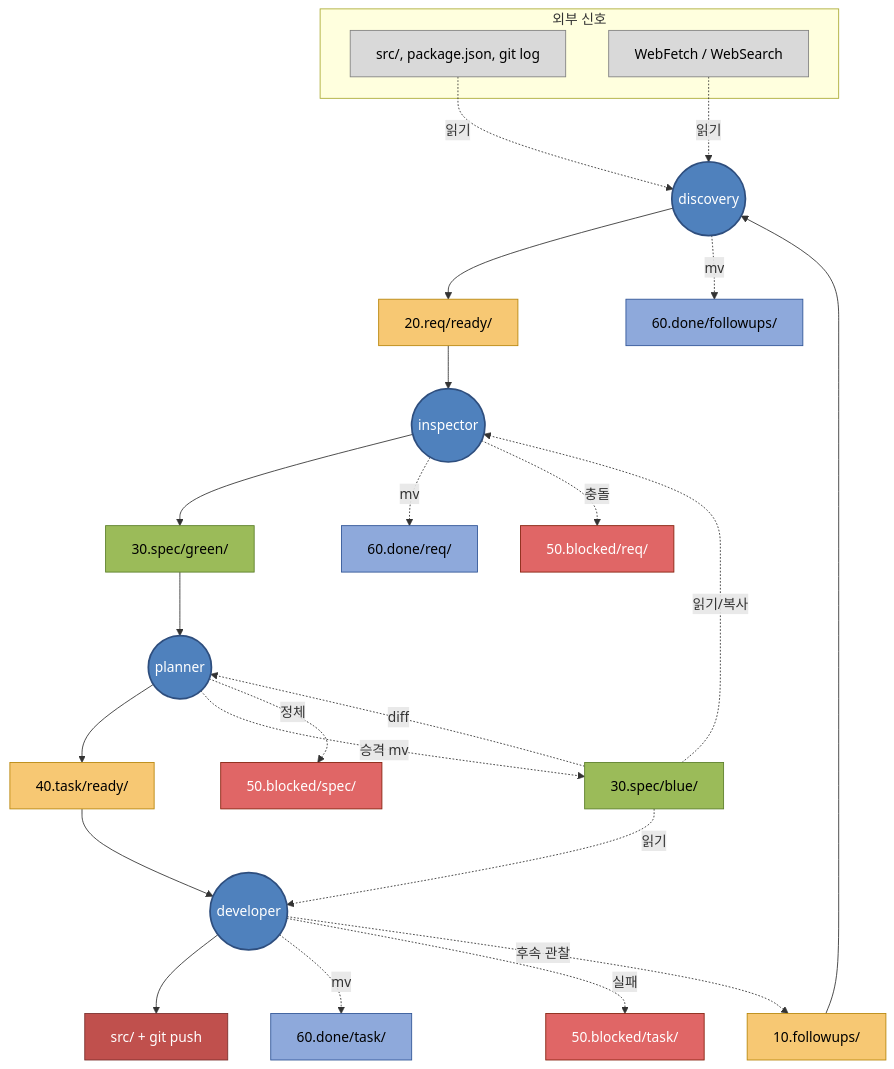
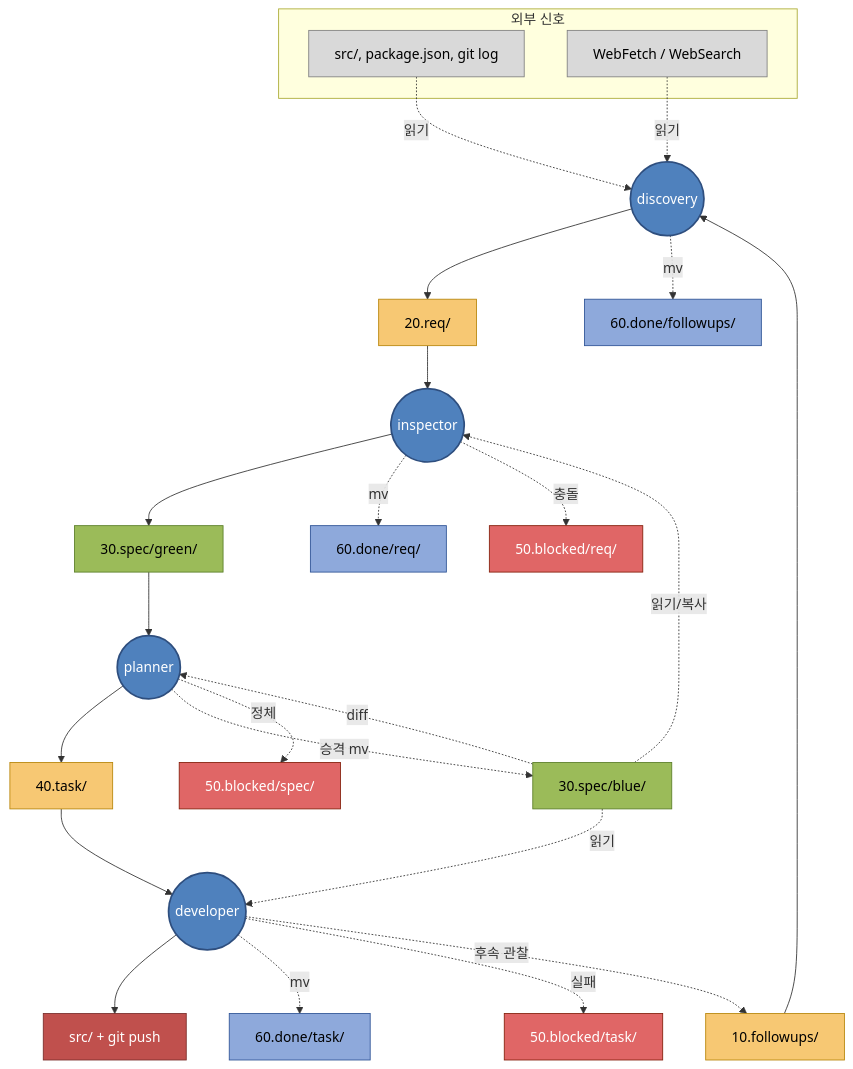
The diagram in .claude/README.md (park108/log), drawn with Mermaid before and after one commit. The commit also changed other lines of this file and 9 other files, not shown here.

````diff
--- a/.claude/README.md
+++ b/.claude/README.md
@@ -45,68 +45,68 @@
 ```mermaid
 flowchart TD
     subgraph External["외부 신호"]
         SRC[src/, package.json, git log]
         WEB[WebFetch / WebSearch]
     end
 
     FU[10.followups/]
-    REQ[20.req/ready/]
+    REQ[20.req/]
     GREEN[30.spec/green/]
     BLUE[30.spec/blue/]
-    TASK[40.task/ready/]
+    TASK[40.task/]
     CODE[src/ + git push]
 
     DISC((discovery))
     INSP((inspector))
     PLAN((planner))
     DEV((developer))
 
     DONE_FU[60.done/followups/]
     DONE_REQ[60.done/req/]
     DONE_TASK[60.done/task/]
 
     BLOCK_REQ[50.blocked/req/]
     BLOCK_SPEC[50.blocked/spec/]
     BLOCK_TASK[50.blocked/task/]
 
     SRC -.읽기.-> DISC
     WEB -.읽기.-> DISC
     FU --> DISC
     DISC --> REQ
     DISC -.mv.-> DONE_FU
 
     REQ --> INSP
     BLUE -.읽기/복사.-> INSP
     INSP --> GREEN
     INSP -.mv.-> DONE_REQ
     INSP -.충돌.-> BLOCK_REQ
 
     GREEN --> PLAN
     BLUE -.diff.-> PLAN
     PLAN --> TASK
     PLAN -.승격 mv.-> BLUE
     PLAN -.정체.-> BLOCK_SPEC
 
     TASK --> DEV
     BLUE -.읽기.-> DEV
     DEV --> CODE
     DEV -.mv.-> DONE_TASK
     DEV -.실패.-> BLOCK_TASK
     DEV -.후속 관찰.-> FU
 
     classDef agent fill:#4F81BD,stroke:#2E4E7E,color:#fff,stroke-width:2px
     classDef queue fill:#F7C873,stroke:#B8860B,color:#000
     classDef spec fill:#9BBB59,stroke:#5C7F2A,color:#000
     classDef code fill:#C0504D,stroke:#7A2E2B,color:#fff
     classDef done fill:#8EA9DB,stroke:#2F5496,color:#000
     classDef blocked fill:#E06666,stroke:#85200C,color:#fff
     classDef external fill:#D9D9D9,stroke:#808080,color:#000
 
     class DISC,INSP,PLAN,DEV agent
     class FU,REQ,TASK queue
     class GREEN,BLUE spec
     class CODE code
     class DONE_FU,DONE_REQ,DONE_TASK done
     class BLOCK_REQ,BLOCK_SPEC,BLOCK_TASK blocked
     class SRC,WEB external
 ```
````
